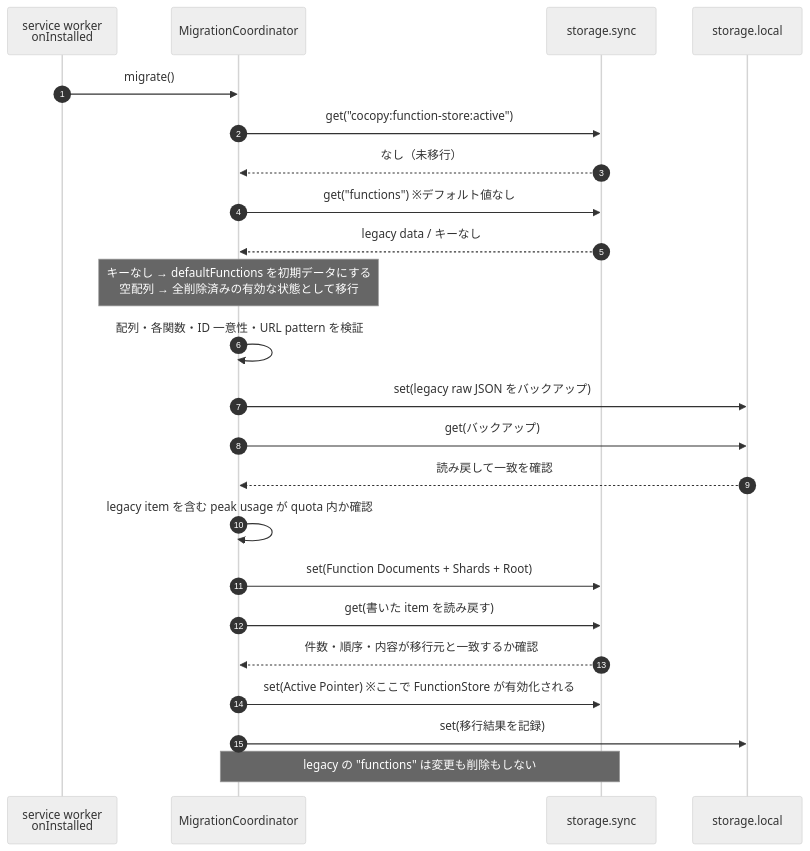
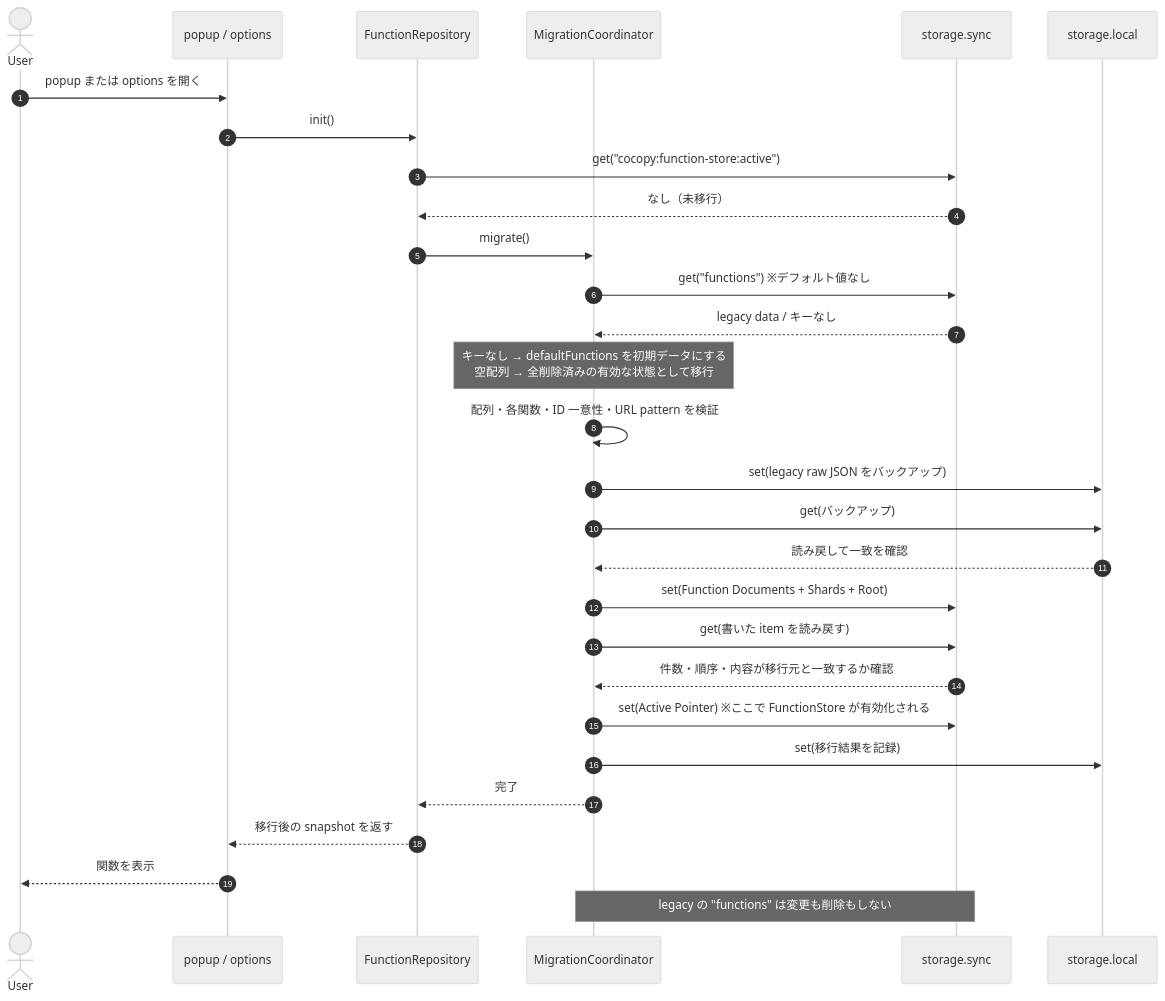
The fifth of 5 diagrams in docs/function-storage.md (pokutuna/chrome-cocopy), drawn with Mermaid (neutral theme) before and after one commit. The commit also changed other lines of this file, not shown here.

First line of the commit message:
docs: migrate on repository init instead of a service worker

````diff
--- a/docs/function-storage.md
+++ b/docs/function-storage.md
@@ -707,32 +717,37 @@
 ```mermaid
 sequenceDiagram
   autonumber
-  participant SW as service worker<br/>onInstalled
+  actor User
+  participant UI as popup / options
+  participant Repo as FunctionRepository
   participant Coord as MigrationCoordinator
   participant Sync as storage.sync
   participant Local as storage.local
 
-  SW->>Coord: migrate()
-  Coord->>Sync: get("cocopy:function-store:active")
-  Sync-->>Coord: なし（未移行）
+  User->>UI: popup または options を開く
+  UI->>Repo: init()
+  Repo->>Sync: get("cocopy:function-store:active")
+  Sync-->>Repo: なし（未移行）
+  Repo->>Coord: migrate()
 
   Coord->>Sync: get("functions") ※デフォルト値なし
   Sync-->>Coord: legacy data / キーなし
   Note over Coord: キーなし → defaultFunctions を初期データにする<br/>空配列 → 全削除済みの有効な状態として移行
   Coord->>Coord: 配列・各関数・ID 一意性・URL pattern を検証
 
   Coord->>Local: set(legacy raw JSON をバックアップ)
   Coord->>Local: get(バックアップ)
   Local-->>Coord: 読み戻して一致を確認
 
-  Coord->>Coord: legacy item を含む peak usage が quota 内か確認
-
   Coord->>Sync: set(Function Documents + Shards + Root)
   Coord->>Sync: get(書いた item を読み戻す)
   Sync-->>Coord: 件数・順序・内容が移行元と一致するか確認
 
   Coord->>Sync: set(Active Pointer) ※ここで FunctionStore が有効化される
   Coord->>Local: set(移行結果を記録)
+  Coord-->>Repo: 完了
+  Repo-->>UI: 移行後の snapshot を返す
+  UI-->>User: 関数を表示
 
   Note over Coord,Sync: legacy の "functions" は変更も削除もしない
 ```
````
